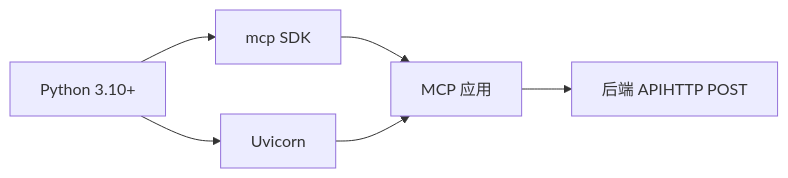
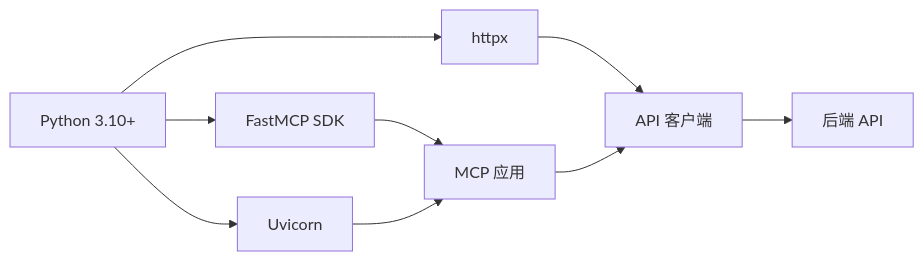
Before and after one commit to rookie-wind/web_ai: the eighth of 8 diagrams in .qoder/repowiki/zh/content/项目概述/项目概述.md, drawn with Mermaid. The commit also changed other lines of this file and 117 other files, not shown here.

````diff
--- a/.qoder/repowiki/zh/content/项目概述/项目概述.md
+++ b/.qoder/repowiki/zh/content/项目概述/项目概述.md
@@ -249,8 +298,11 @@
 ```mermaid
 graph LR
-A["Python 3.10+"] --> B["mcp SDK"]
+A["Python 3.10+"] --> B["FastMCP SDK"]
 A --> C["Uvicorn"]
-B --> D["MCP 应用"]
-C --> D
-D --> E["后端 APIHTTP POST"]
+A --> D["httpx"]
+B --> E["MCP 应用"]
+C --> E
+D --> F["API 客户端"]
+E --> F
+F --> G["后端 API"]
 ```
````
